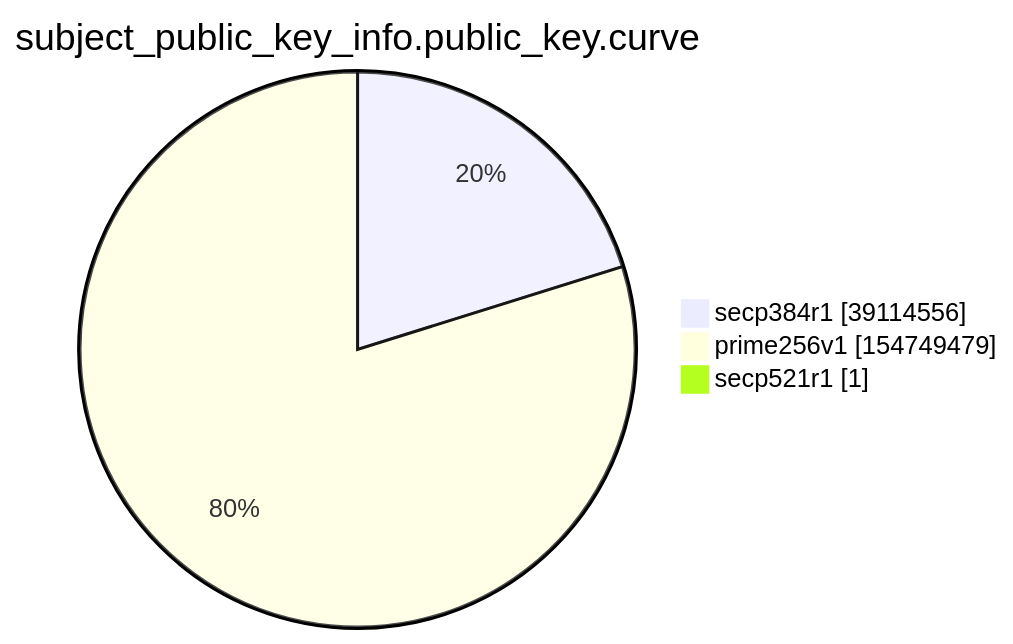
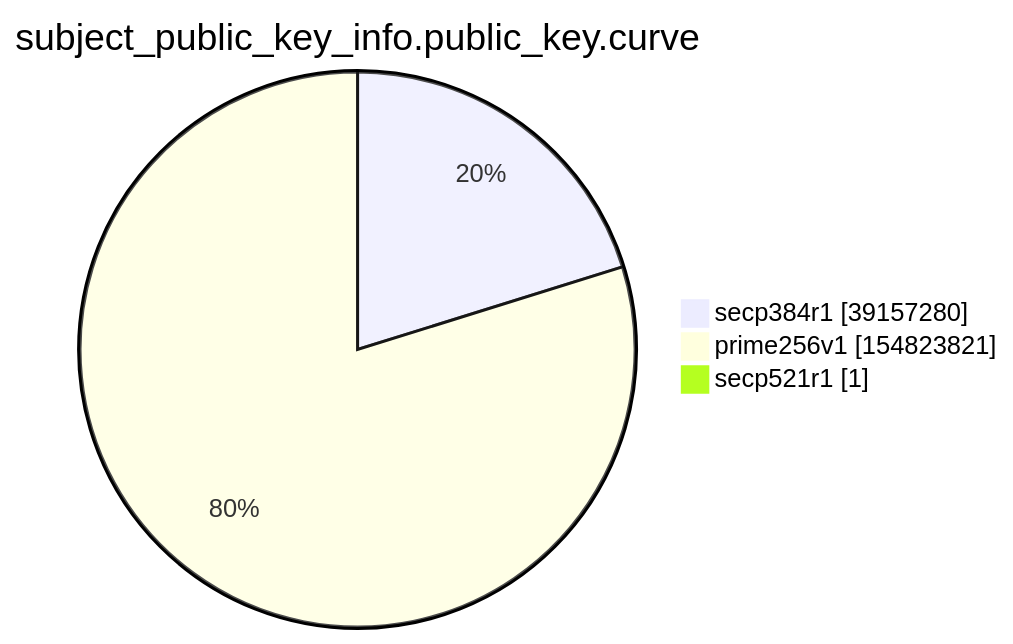
One commit to christiankrug/ctmonitor_visualization changed the ninth of 15 diagrams in xenon2022/README.md. Above: the diagram before and after it, drawn with Mermaid. The commit also changed other lines of this file, not shown here.

````diff
--- a/xenon2022/README.md
+++ b/xenon2022/README.md
@@ -2863,7 +2863,7 @@
 ```mermaid
 pie showData
 title subject_public_key_info.public_key.curve
-"secp384r1" :39114556
-"prime256v1" :154749479
+"secp384r1" :39157280
+"prime256v1" :154823821
 "secp521r1" :1
 ```
````
